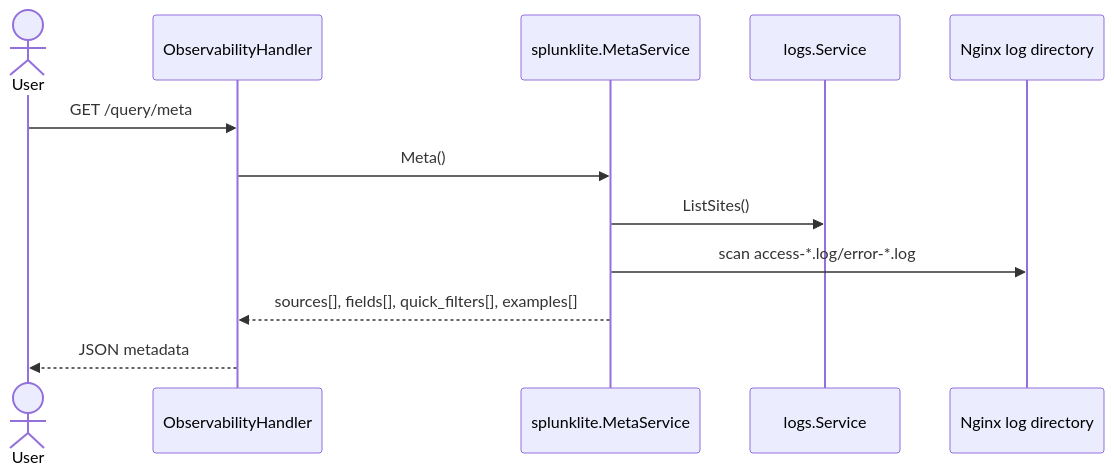
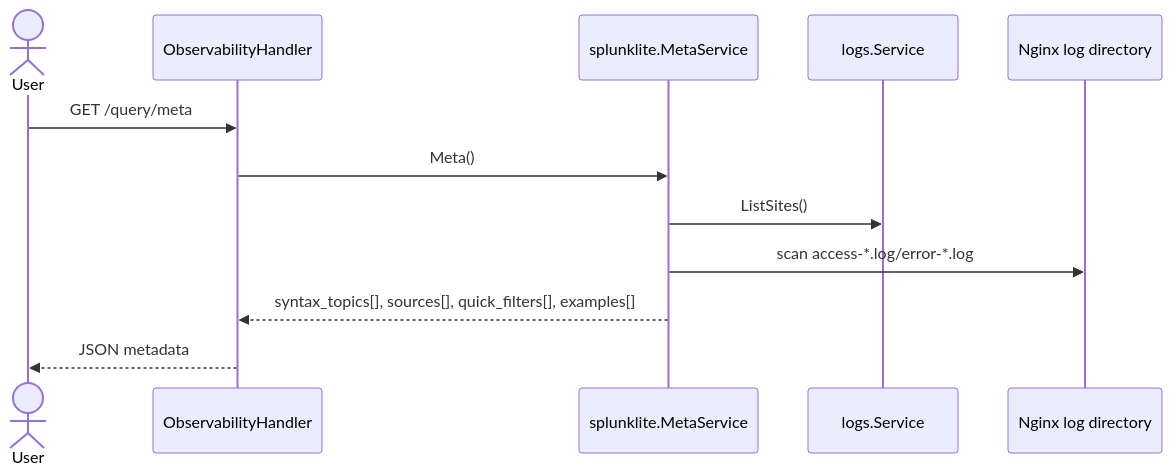
One commit to jahrulnr/GoSite changed the second of 3 diagrams in docs/sequences/17-splunk-lite.md. Above: the diagram before and after it, drawn with Mermaid. The commit also changed other lines of this file and 30 other files, not shown here.

````diff
--- a/docs/sequences/17-splunk-lite.md
+++ b/docs/sequences/17-splunk-lite.md
@@ -37,15 +41,15 @@
 ```mermaid
 sequenceDiagram
     actor User
     participant H as ObservabilityHandler
     participant M as splunklite.MetaService
     participant L as logs.Service
     participant FS as Nginx log directory
 
     User->>H: GET /query/meta
     H->>M: Meta()
     M->>L: ListSites()
     M->>FS: scan access-*.log/error-*.log
-    M-->>H: sources[], fields[], quick_filters[], examples[]
+    M-->>H: syntax_topics[], sources[], quick_filters[], examples[]
     H-->>User: JSON metadata
 ```
````
